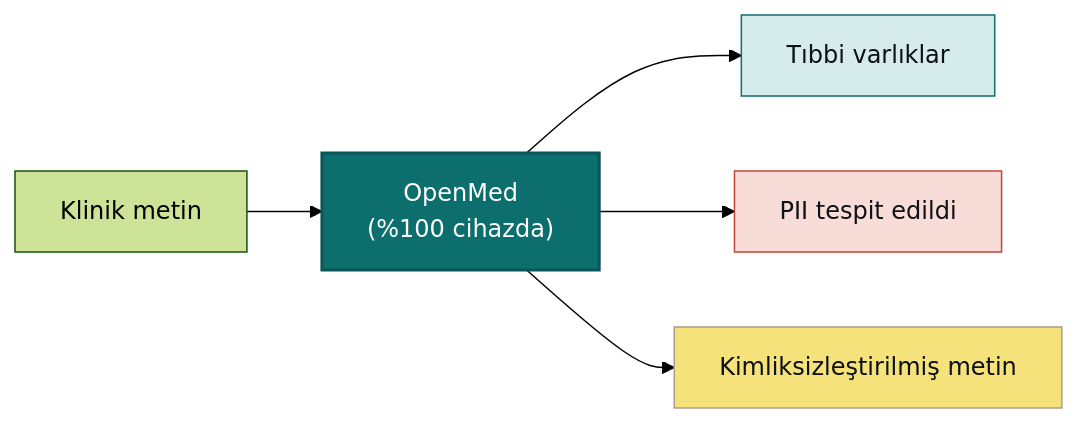
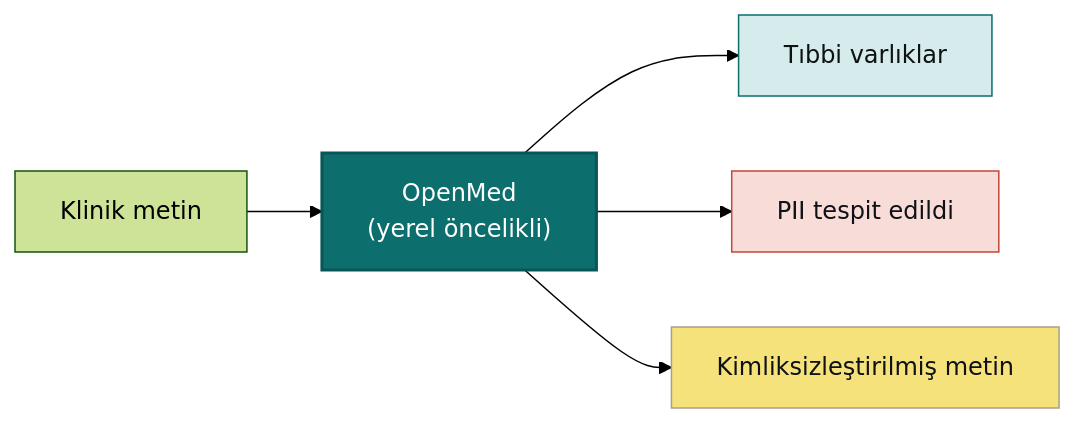
One commit to maziyarpanahi/openmed changed the diagram in README.tr.md. Above: the diagram before and after it, drawn with Mermaid (forest theme). The commit also changed other lines of this file, not shown here.

````diff
--- a/README.tr.md
+++ b/README.tr.md
@@ -126,11 +119,11 @@
 ```mermaid
 flowchart LR
-    A["Klinik metin"] --> B["OpenMed<br/>(%100 cihazda)"]
+    A["Klinik metin"] --> B["OpenMed<br/>(yerel öncelikli)"]
     B --> C["Tıbbi varlıklar"]
     B --> D["PII tespit edildi"]
     B --> E["Kimliksizleştirilmiş metin"]
     style B fill:#0D6E6E,stroke:#0A5656,stroke-width:2px,color:#ffffff
     style C fill:#D6EBEB,stroke:#0D6E6E,color:#0E1116
     style D fill:#F7DCD8,stroke:#C5453A,color:#0E1116
     style E fill:#F5E27A,stroke:#A9A088,color:#0E1116
 ```
````
